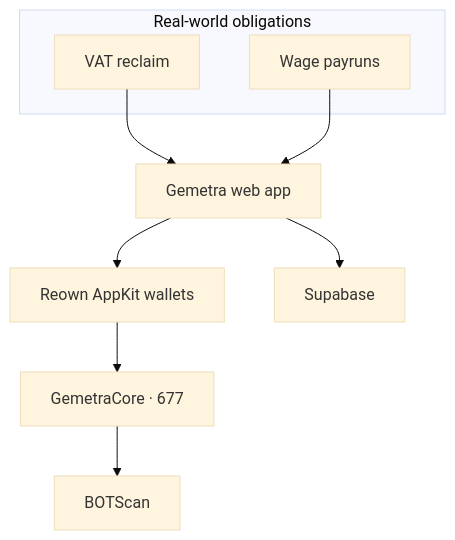
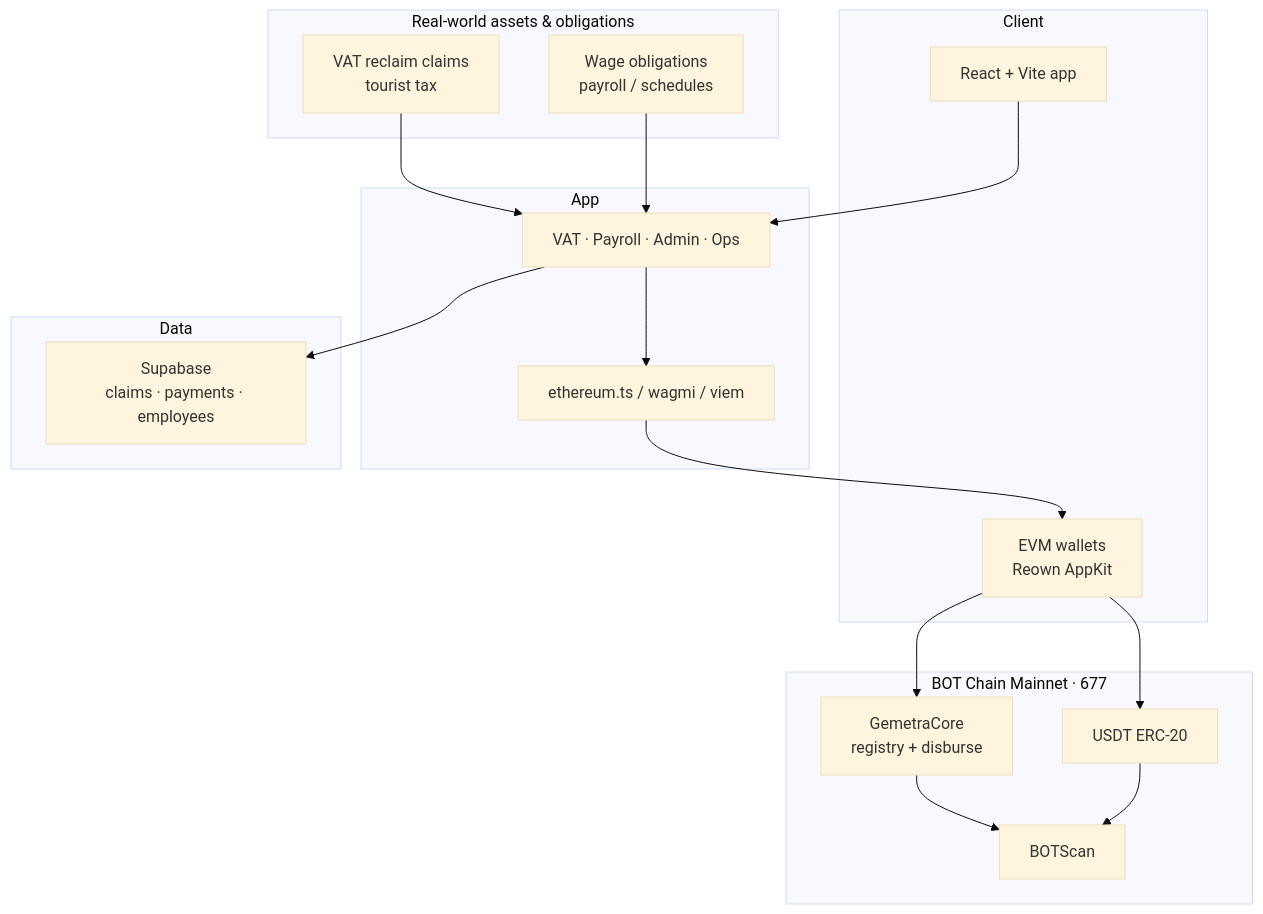
Before and after one commit to AmaanSayyad/Gemetra-BotChain: the first of 5 diagrams in README.md, drawn with Mermaid (base theme). The commit also changed other lines of this file, not shown here.

First line of the commit message:
Restore detailed mermaid sequence diagrams in README.

````diff
--- a/README.md
+++ b/README.md
@@ -60,19 +60,38 @@
 ```mermaid
 flowchart TB
-  subgraph RW["Real-world obligations"]
-    VAT["VAT reclaim"]
-    PAY["Wage payruns"]
+  subgraph RealWorld["Real-world assets & obligations"]
+    VATRW["VAT reclaim claims<br/>tourist tax"]
+    WAGERW["Wage obligations<br/>payroll / schedules"]
   end
-  APP["Gemetra web app"]
-  W["Reown AppKit wallets"]
-  SB["Supabase"]
-  CORE["GemetraCore · 677"]
-  SCAN["BOTScan"]
 
-  VAT --> APP
-  PAY --> APP
-  APP --> W
-  APP --> SB
+  subgraph Client
+    WEB["React + Vite app"]
+    W["EVM wallets<br/>Reown AppKit"]
+  end
+
+  subgraph App
+    UI["VAT · Payroll · Admin · Ops"]
+    ETH["ethereum.ts / wagmi / viem"]
+  end
+
+  subgraph Data
+    SB["Supabase<br/>claims · payments · employees"]
+  end
+
+  subgraph BOT["BOT Chain Mainnet · 677"]
+    CORE["GemetraCore<br/>registry + disburse"]
+    USDT["USDT ERC-20"]
+    SCAN["BOTScan"]
+  end
+
+  VATRW --> UI
+  WAGERW --> UI
+  WEB --> UI
+  UI --> ETH
+  UI --> SB
+  ETH --> W
   W --> CORE
+  W --> USDT
   CORE --> SCAN
+  USDT --> SCAN
 ```
````
